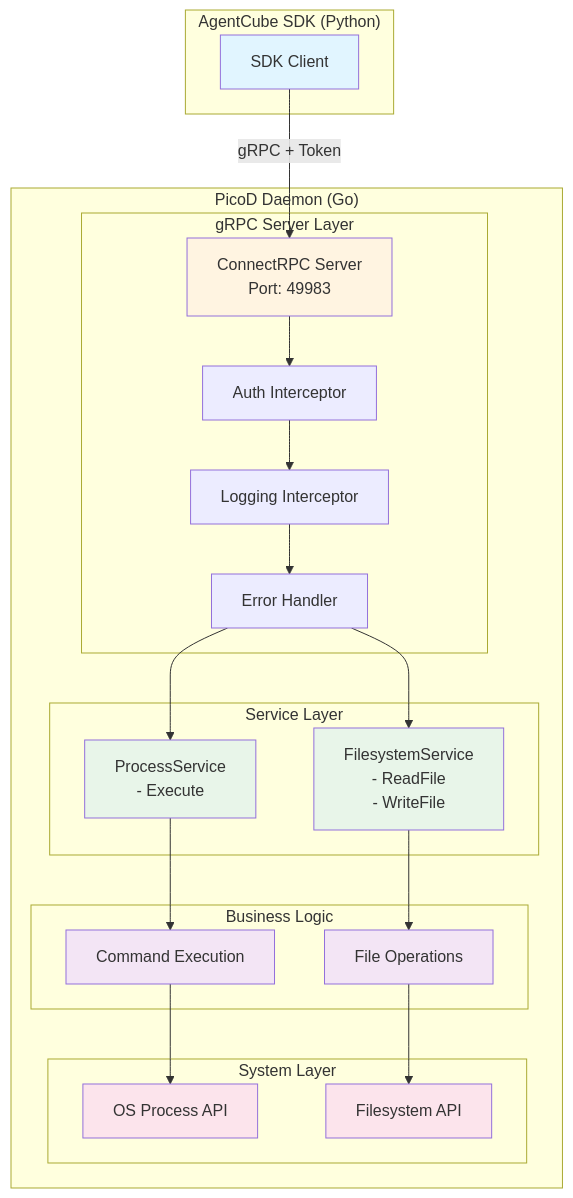
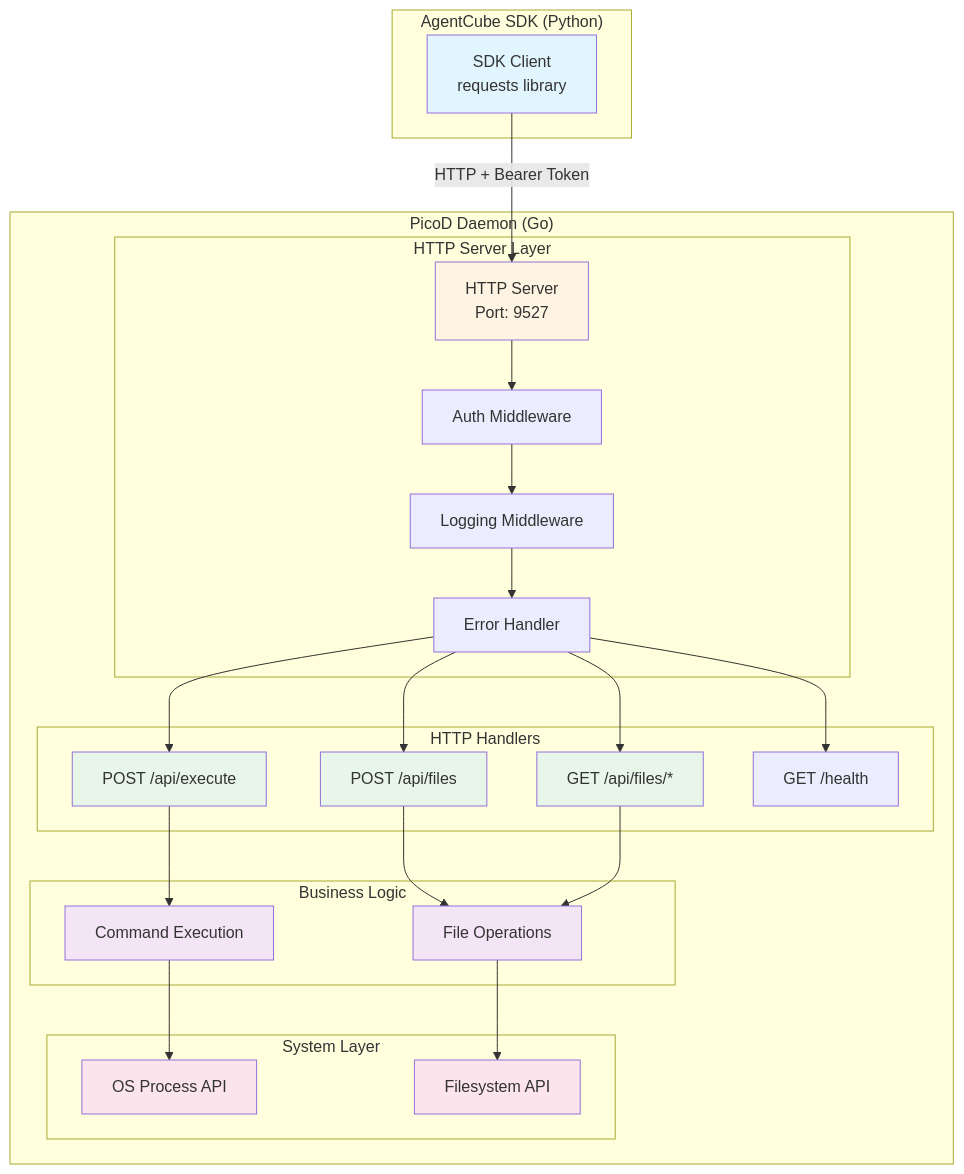
The first of 4 diagrams in docs/design/PicoD-Design.md (VanderChen/agentcube), drawn with Mermaid before and after one commit. The commit also changed other lines of this file, not shown here.

Commit message:
Update the PicoD design document: 1. Use REST; 2. New auth & authz design.

````diff
--- a/docs/design/PicoD-Design.md
+++ b/docs/design/PicoD-Design.md
@@ -111,50 +113,57 @@
 ```mermaid
 graph TB
     subgraph Client["AgentCube SDK (Python)"]
-        SDK[SDK Client]
+        SDK[SDK Client<br/>requests library]
     end
     
     subgraph PicoD["PicoD Daemon (Go)"]
-        subgraph Server["gRPC Server Layer"]
-            GRPCServer[ConnectRPC Server<br/>Port: 49983]
-            AuthInterceptor[Auth Interceptor]
-            LogInterceptor[Logging Interceptor]
-            ErrorInterceptor[Error Handler]
+        subgraph Server["HTTP Server Layer"]
+            HTTPServer[HTTP Server<br/>Port: 9527]
+            AuthMiddleware[Auth Middleware]
+            LogMiddleware[Logging Middleware]
+            ErrorMiddleware[Error Handler]
         end
         
-        subgraph Services["Service Layer"]
-            FilesystemSvc[FilesystemService<br/>- ReadFile<br/>- WriteFile]
-            ProcessSvc[ProcessService<br/>- Execute]
+        subgraph Handlers["HTTP Handlers"]
+            ExecuteHandler[POST /api/execute]
+            UploadHandler[POST /api/files]
+            DownloadHandler[GET /api/files/*]
+            HealthHandler[GET /health]
         end
         
         subgraph Logic["Business Logic"]
             FileOps[File Operations]
             CmdExec[Command Execution]
         end
         
         subgraph System["System Layer"]
             OSProcess[OS Process API]
             Filesystem[Filesystem API]
         end
     end
     
-    SDK -->|gRPC + Token| GRPCServer
-    GRPCServer --> AuthInterceptor
-    AuthInterceptor --> LogInterceptor
-    LogInterceptor --> ErrorInterceptor
-    ErrorInterceptor --> FilesystemSvc
-    ErrorInterceptor --> ProcessSvc
-    FilesystemSvc --> FileOps
-    ProcessSvc --> CmdExec
+    SDK -->|HTTP + Bearer Token| HTTPServer
+    HTTPServer --> AuthMiddleware
+    AuthMiddleware --> LogMiddleware
+    LogMiddleware --> ErrorMiddleware
+    ErrorMiddleware --> ExecuteHandler
+    ErrorMiddleware --> UploadHandler
+    ErrorMiddleware --> DownloadHandler
+    ErrorMiddleware --> HealthHandler
+    ExecuteHandler --> CmdExec
+    UploadHandler --> FileOps
+    DownloadHandler --> FileOps
     FileOps --> Filesystem
     CmdExec --> OSProcess
     
     style SDK fill:#e1f5ff
-    style GRPCServer fill:#fff4e1
-    style FilesystemSvc fill:#e8f5e9
-    style ProcessSvc fill:#e8f5e9
+    style HTTPServer fill:#fff4e1
+    style ExecuteHandler fill:#e8f5e9
+    style UploadHandler fill:#e8f5e9
+    style DownloadHandler fill:#e8f5e9
     style FileOps fill:#f3e5f5
     style CmdExec fill:#f3e5f5
     style OSProcess fill:#fce4ec
     style Filesystem fill:#fce4ec
+
 ```
````
